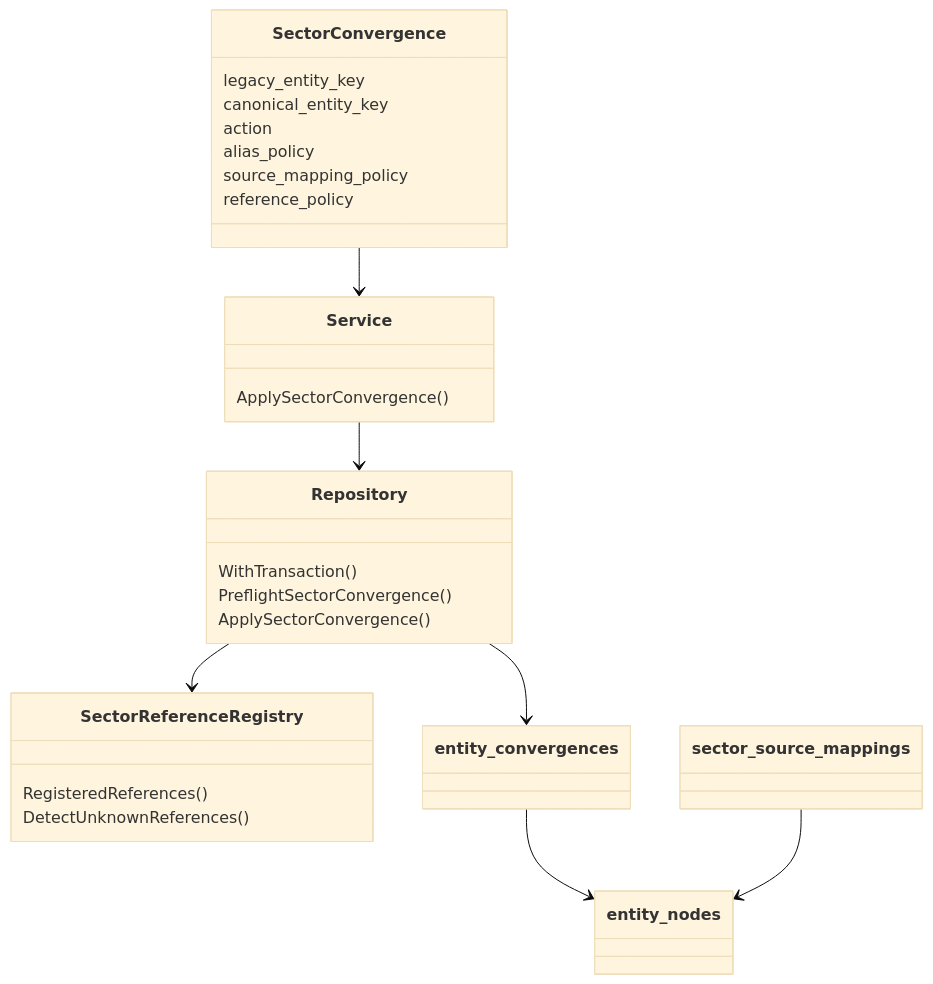
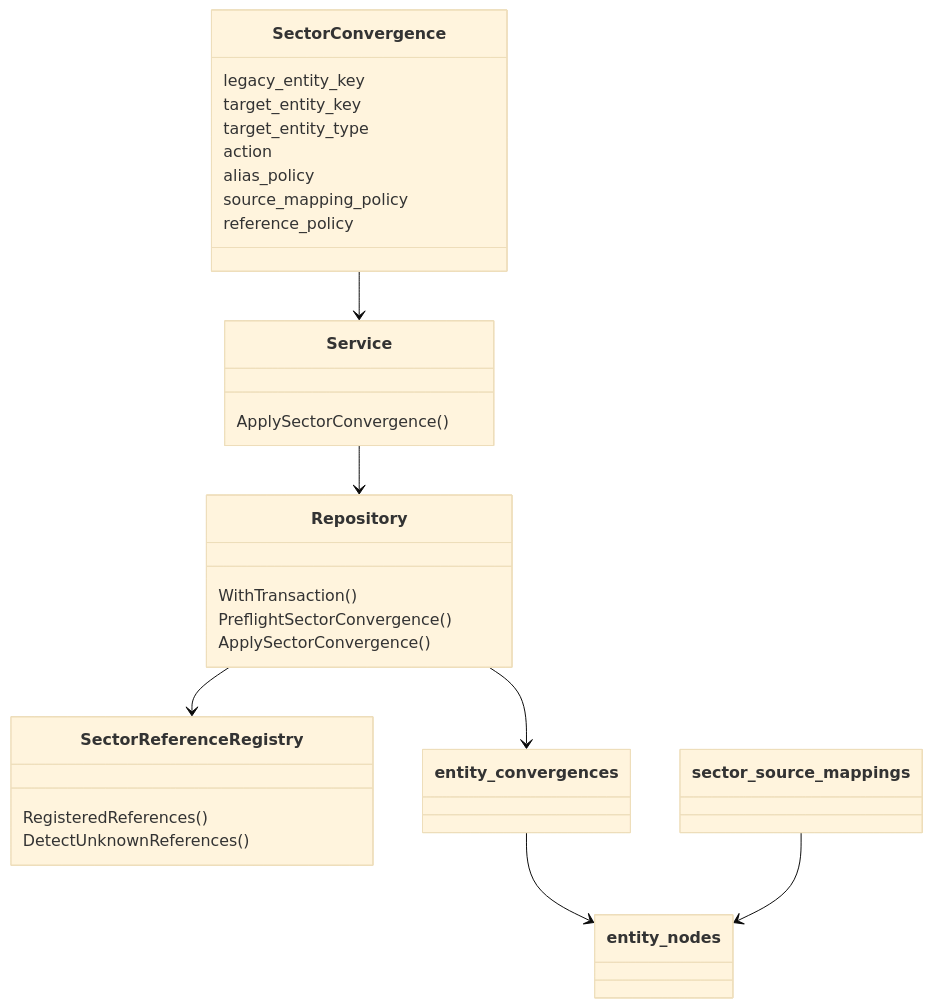
Before and after one commit to meierlink88/tidewise-ai: the second of 4 diagrams in openspec/changes/add-market-sector-foundation/design.md, drawn with Mermaid (base theme). The commit also changed other lines of this file and 4 other files, not shown here.

````diff
--- a/openspec/changes/add-market-sector-foundation/design.md
+++ b/openspec/changes/add-market-sector-foundation/design.md
@@ -331,32 +380,33 @@
 ```mermaid
 classDiagram
     class SectorConvergence {
       legacy_entity_key
-      canonical_entity_key
+      target_entity_key
+      target_entity_type
       action
       alias_policy
       source_mapping_policy
       reference_policy
     }
     class Service {
       ApplySectorConvergence()
     }
     class Repository {
       WithTransaction()
       PreflightSectorConvergence()
       ApplySectorConvergence()
     }
     class SectorReferenceRegistry {
       RegisteredReferences()
       DetectUnknownReferences()
     }
     class entity_convergences
     class entity_nodes
     class sector_source_mappings
     SectorConvergence --> Service
     Service --> Repository
     Repository --> SectorReferenceRegistry
     Repository --> entity_convergences
     entity_convergences --> entity_nodes
     sector_source_mappings --> entity_nodes
 ```
````
